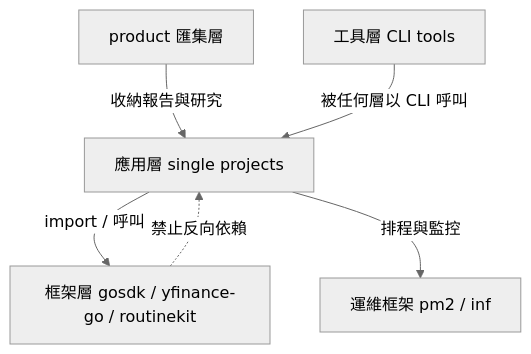
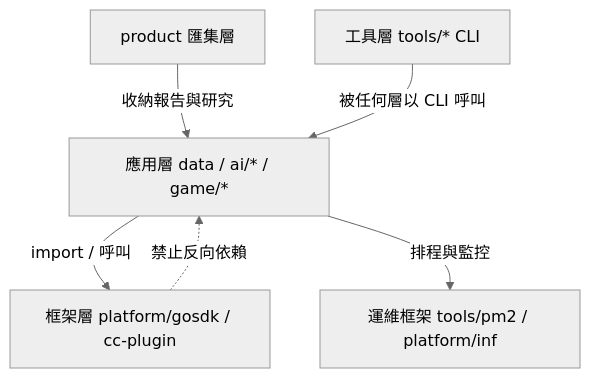
The diagram in config/CLAUDE.global.md (BizShuk/cc-plugin), drawn with Mermaid (neutral theme) before and after one commit. The commit also changed other lines of this file and 32 other files, not shown here.

````diff
--- a/config/CLAUDE.global.md
+++ b/config/CLAUDE.global.md
@@ -62,8 +85,8 @@
 ```mermaid
 flowchart TD
-    P["product 匯集層"] -->|"收納報告與研究"| A["應用層 single projects"]
-    A -->|"import / 呼叫"| F["框架層 gosdk / yfinance-go / routinekit"]
-    A -->|"排程與監控"| O["運維框架 pm2 / inf"]
-    T["工具層 CLI tools"] -->|"被任何層以 CLI 呼叫"| A
+    P["product 匯集層"] -->|"收納報告與研究"| A["應用層 data / ai/* / game/*"]
+    A -->|"import / 呼叫"| F["框架層 platform/gosdk / cc-plugin"]
+    A -->|"排程與監控"| O["運維框架 tools/pm2 / platform/inf"]
+    T["工具層 tools/* CLI"] -->|"被任何層以 CLI 呼叫"| A
     F -.->|"禁止反向依賴"| A
 ```
````
